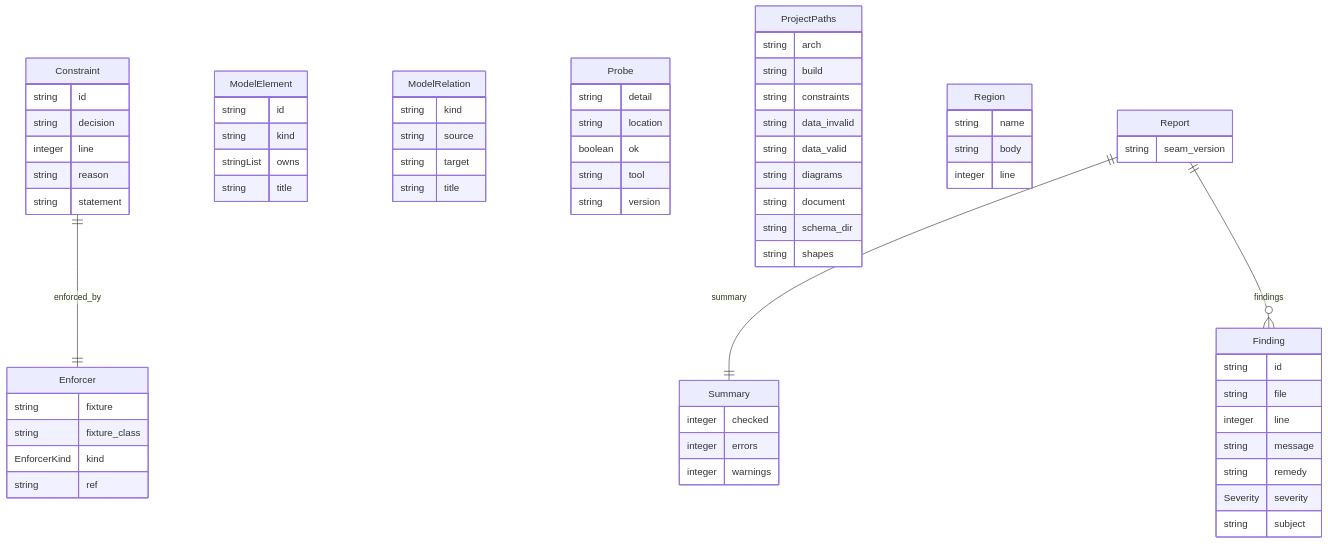
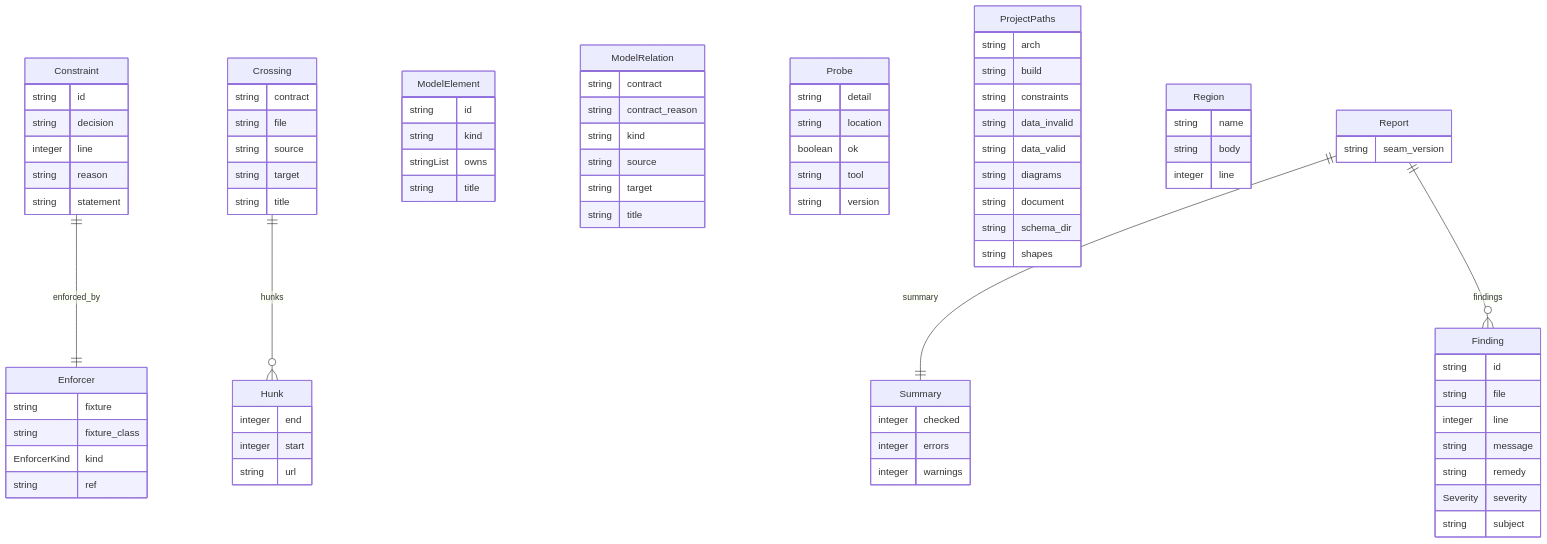
Before and after one commit to dsummersl/slartiarch: the fourth of 4 diagrams in docs/architecture.md, drawn with Mermaid. The commit also changed other lines of this file and 23 other files, not shown here.

````diff
--- a/docs/architecture.md
+++ b/docs/architecture.md
@@ -297,6 +315,13 @@
     integer line  
     string reason  
     string statement  
+}
+Crossing {
+    string contract  
+    string file  
+    string source  
+    string target  
+    string title  
 }
 Enforcer {
     string fixture  
@@ -313,6 +338,11 @@
     Severity severity  
     string subject  
 }
+Hunk {
+    integer end  
+    integer start  
+    string url  
+}
 ModelElement {
     string id  
     string kind  
@@ -320,6 +350,8 @@
     string title  
 }
 ModelRelation {
+    string contract  
+    string contract_reason  
     string kind  
     string source  
     string target  
@@ -358,6 +390,7 @@
 }
 
 Constraint ||--|| Enforcer : "enforced_by"
+Crossing ||--}o Hunk : "hunks"
 Report ||--|| Summary : "summary"
 Report ||--}o Finding : "findings"
 ```
````
